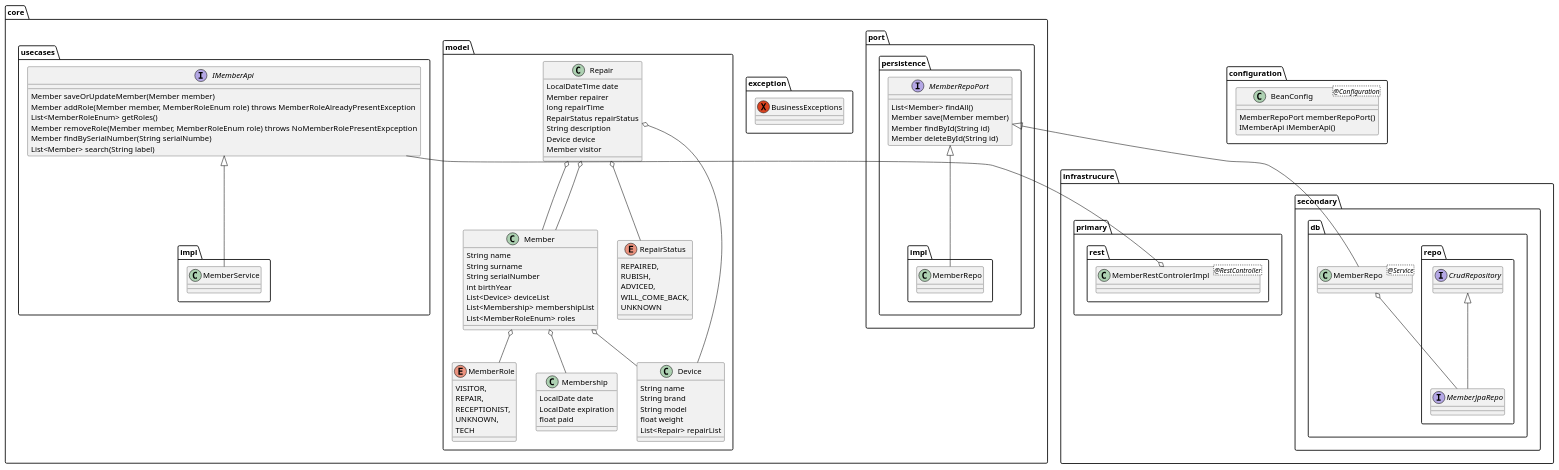
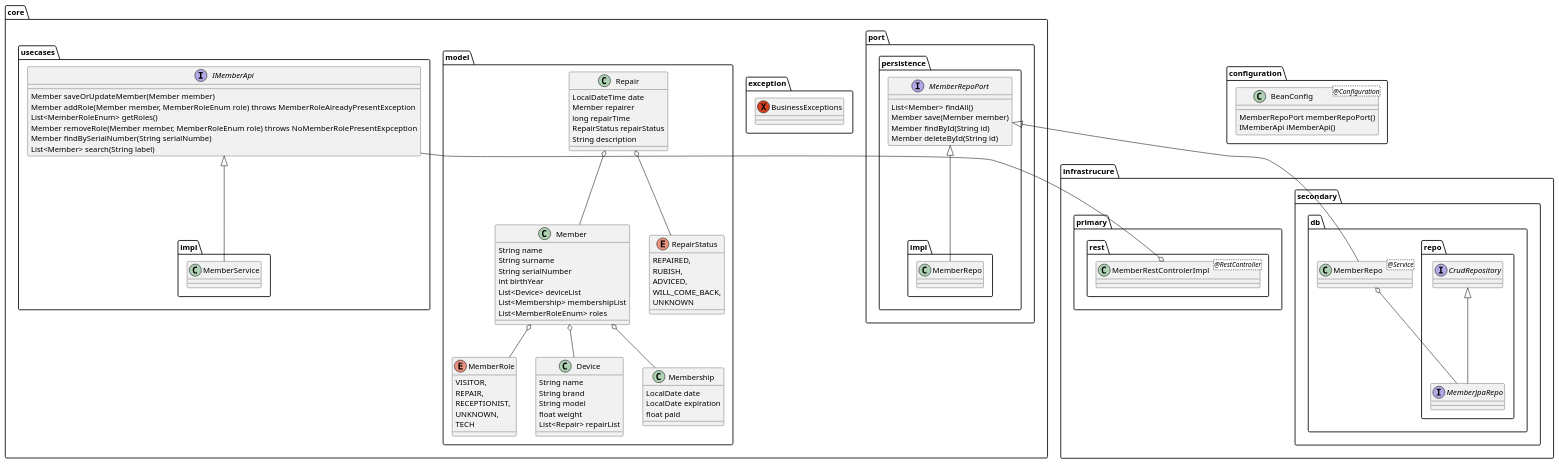
The diagram in doc/RepaireCafeHexagonalStructure.puml (YohannCaby/repaircafe-hexagonal-springboot), drawn with PlantUML before and after one commit. The commit also changed 18 other files, not shown here.

```diff
--- a/doc/RepaireCafeHexagonalStructure.puml
+++ b/doc/RepaireCafeHexagonalStructure.puml
@@ -1,114 +1,110 @@
 @startuml
 'https://plantuml.com/class-diagram
 
 package "core.port.persistence"{
     interface MemberRepoPort{
         List<Member> findAll()
         Member save(Member member)
         Member findById(String id)
         Member deleteById(String id)
     }
 
     package "core.port.persistence.impl"{
         class MemberRepo
     }
     MemberRepoPort <|-- MemberRepo
 }
 package "core.exception" {
     exception BusinessExceptions
 }
 package "core.model"{
     class Device{
         String name
         String brand
         String model
         float weight
         List<Repair> repairList
     }
     class Member{
         String name
         String surname
         String serialNumber
         int birthYear
         List<Device> deviceList
         List<Membership> membershipList
         List<MemberRoleEnum> roles
     }
     class Membership{
         LocalDate date
         LocalDate expiration
         float paid
     }
     class Repair{
         LocalDateTime date
         Member repairer
         long repairTime
         RepairStatus repairStatus
         String description
-        Device device
-        Member visitor
     }
     enum RepairStatus{
         REPAIRED,
         RUBISH,
         ADVICED,
         WILL_COME_BACK,
         UNKNOWN
         }
     enum MemberRole{
         VISITOR,
         REPAIR,
         RECEPTIONIST,
         UNKNOWN,
         TECH
     }
 
     Repair o-- RepairStatus
     Repair o-- Member
-    Repair o-- Member
-    Repair o-- Device
 
     Member o-- MemberRole
     Member o-- Membership
     Member o-- Device
 }
 
 package "core.usecases"{
     interface IMemberApi{
             Member saveOrUpdateMember(Member member)
             Member addRole(Member member, MemberRoleEnum role) throws MemberRoleAlreadyPresentException
             List<MemberRoleEnum> getRoles()
             Member removeRole(Member member, MemberRoleEnum role) throws NoMemberRolePresentExpception
             Member findBySerialNumber(String serialNumbe)
             List<Member> search(String label)
     }
     package "core.usecases.impl"{
         class MemberService
     }
 
     IMemberApi <|-- MemberService
 }
 
 package "infrastrucure.primary.rest"{
     class MemberRestControlerImpl<@RestController>
     MemberRestControlerImpl o-- IMemberApi
 }
 
 package "infrastrucure.secondary.db"{
     class MemberRepo<@Service>
     package "infrastrucure.secondary.db.repo"{
         interface MemberJpaRepo
         interface CrudRepository
         CrudRepository <|-- MemberJpaRepo
     }
     MemberRepo o-- MemberJpaRepo
 
     MemberRepoPort <|-- MemberRepo
 }
 package "configuration"{
     class BeanConfig<@Configuration>{
         MemberRepoPort memberRepoPort()
         IMemberApi iMemberApi()
     }
 }
 @enduml
```
